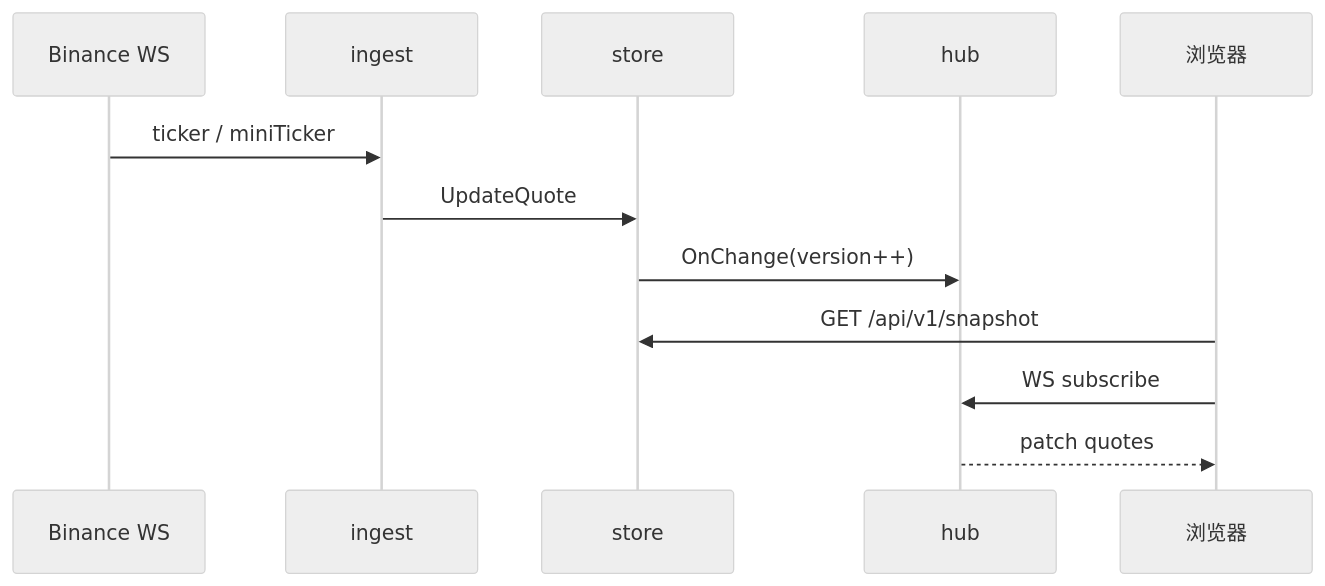
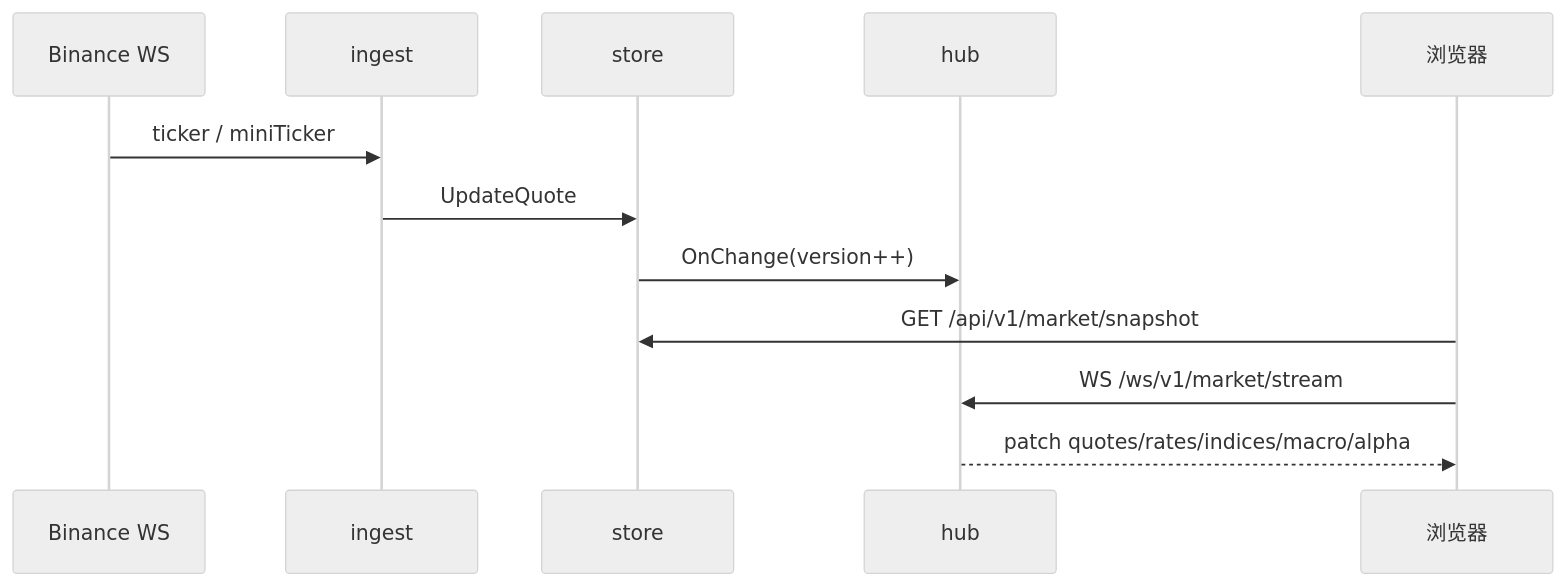
Before and after one commit to lzqqdy/marketpulse: the second of 3 diagrams in docs/RFC-001-architecture.md, drawn with Mermaid (neutral theme). The commit also changed other lines of this file and 22 other files, not shown here.

````diff
--- a/docs/RFC-001-architecture.md
+++ b/docs/RFC-001-architecture.md
@@ -102,15 +108,15 @@
 ```mermaid
 sequenceDiagram
     participant EX as Binance WS
     participant IN as ingest
     participant ST as store
     participant HB as hub
     participant CL as 浏览器
 
     EX->>IN: ticker / miniTicker
     IN->>ST: UpdateQuote
     ST->>HB: OnChange(version++)
-    CL->>ST: GET /api/v1/snapshot
-    CL->>HB: WS subscribe
-    HB-->>CL: patch quotes
+    CL->>ST: GET /api/v1/market/snapshot
+    CL->>HB: WS /ws/v1/market/stream
+    HB-->>CL: patch quotes/rates/indices/macro/alpha
 ```
````
